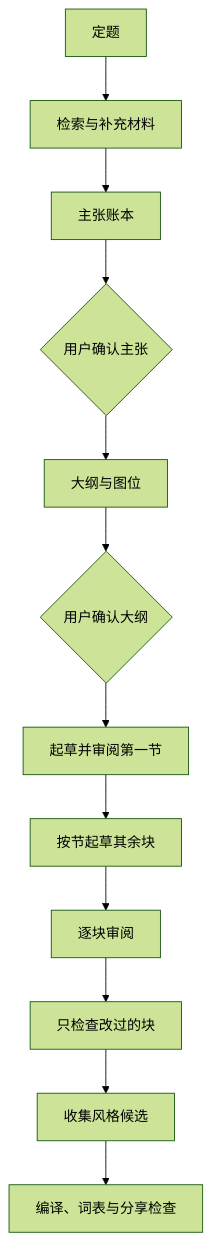
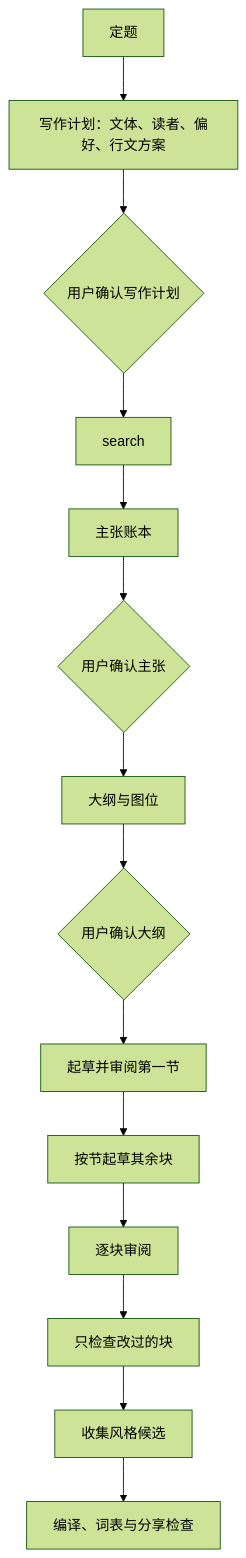
The first of 2 diagrams in docs/architecture.md (EldonChen/chat-to-article), drawn with Mermaid (forest theme) before and after one commit. The commit also changed other lines of this file and 12 other files, not shown here.

````diff
--- a/docs/architecture.md
+++ b/docs/architecture.md
@@ -40,14 +40,16 @@
 ```mermaid
 flowchart TD
-  topic[定题] --> search[检索与补充材料]
+  topic[定题] --> plan[写作计划：文体、读者、偏好、行文方案]
+  plan --> gatePlan{用户确认写作计划}
+  gatePlan --> search
   search --> claims[主张账本]
   claims --> gateClaims{用户确认主张}
   gateClaims --> outline[大纲与图位]
   outline --> gateOutline{用户确认大纲}
   gateOutline --> first[起草并审阅第一节]
   first --> rest[按节起草其余块]
   rest --> review[逐块审阅]
   review --> lint[只检查改过的块]
   lint --> candidates[收集风格候选]
   candidates --> exportGate[编译、词表与分享检查]
 ```
````
